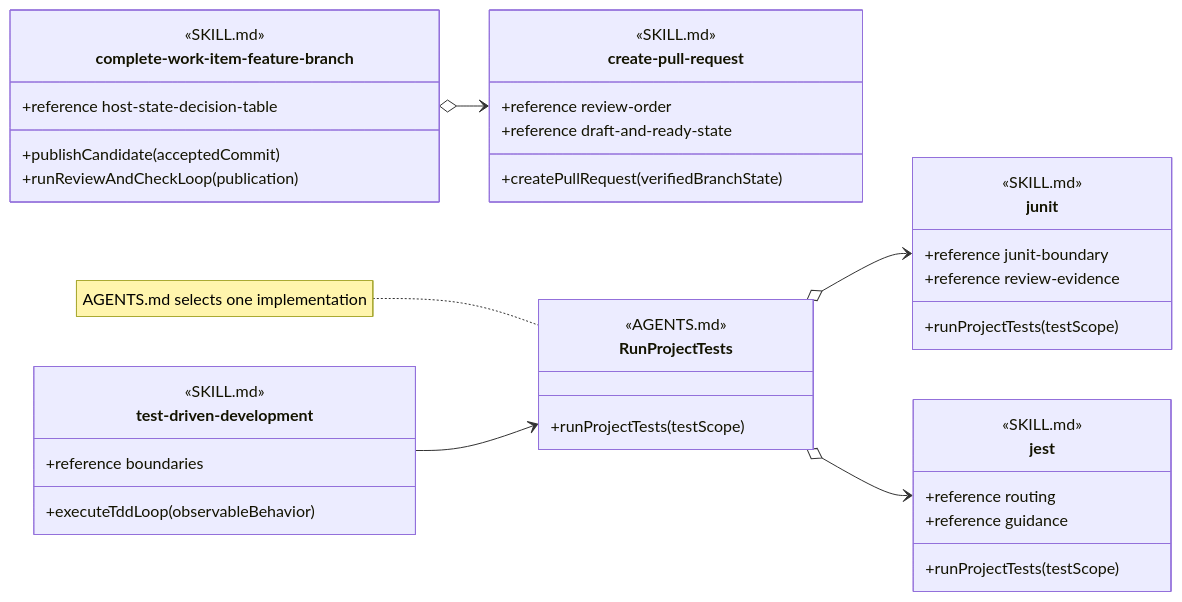
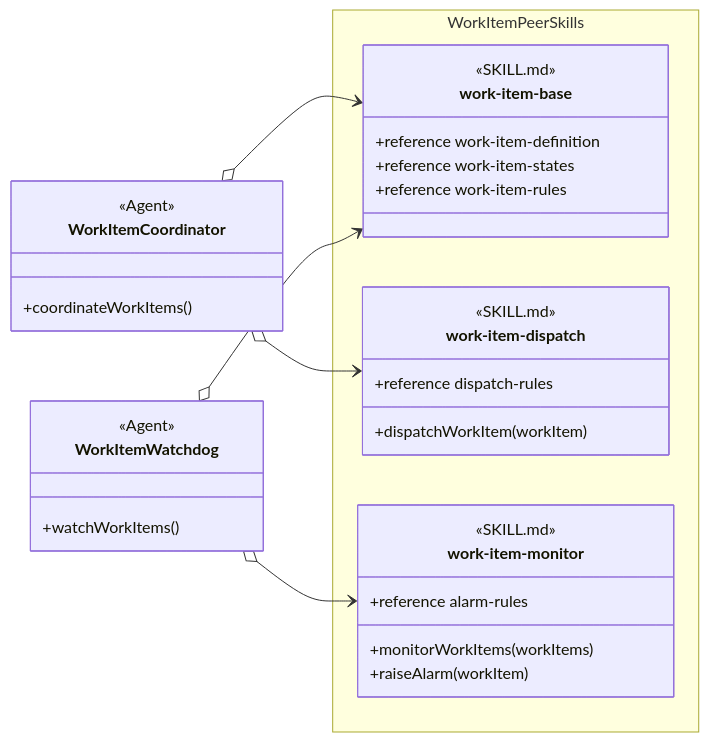
The fourth of 10 diagrams in design/object-oriented-agent-and-skill-model.md (martinbechard/dev-methodology), drawn with Mermaid before and after one commit. The commit also changed other lines of this file and 2 other files, not shown here.

Commit message:
Restructure skill use cases and peers

````diff
--- a/design/object-oriented-agent-and-skill-model.md
+++ b/design/object-oriented-agent-and-skill-model.md
@@ -319,57 +259,44 @@
 ```mermaid
 classDiagram
     direction LR
 
-    class complete-work-item-feature-branch {
-        <<SKILL.md>>
-        <<Peer Skill>>
-        +publishCandidate(acceptedCommit)
-        +runReviewAndCheckLoop(publication)
-        +reference host-state-decision-table
+    class WorkItemCoordinator {
+        <<Agent>>
+        +coordinateWorkItems()
     }
 
-    class create-pull-request {
-        <<SKILL.md>>
-        <<Peer Skill>>
-        +createPullRequest(verifiedBranchState)
-        +reference review-order
-        +reference draft-and-ready-state
+    class WorkItemWatchdog {
+        <<Agent>>
+        +watchWorkItems()
     }
 
-    class test-driven-development {
-        <<SKILL.md>>
-        <<Peer Skill>>
-        +executeTddLoop(observableBehavior)
-        +reference boundaries
+    namespace WorkItemPeerSkills {
+        class work-item-base {
+            <<SKILL.md>>
+            <<Peer Skill>>
+            +reference work-item-definition
+            +reference work-item-states
+            +reference work-item-rules
+        }
+
+        class work-item-dispatch {
+            <<SKILL.md>>
+            <<Peer Skill>>
+            +dispatchWorkItem(workItem)
+            +reference dispatch-rules
+        }
+
+        class work-item-monitor {
+            <<SKILL.md>>
+            <<Peer Skill>>
+            +monitorWorkItems(workItems)
+            +raiseAlarm(workItem)
+            +reference alarm-rules
+        }
     }
 
-    class RunProjectTests {
-        <<AGENTS.md>>
-        +runProjectTests(testScope)
-    }
-
-    class junit {
-        <<SKILL.md>>
-        <<Peer Skill>>
-        <<Injectable Skill>>
-        +runProjectTests(testScope)
-        +reference junit-boundary
-        +reference review-evidence
-    }
-
-    class jest {
-        <<SKILL.md>>
-        <<Peer Skill>>
-        <<Injectable Skill>>
-        +runProjectTests(testScope)
-        +reference routing
-        +reference guidance
-    }
-
-    complete-work-item-feature-branch o--> create-pull-request
-    test-driven-development --> RunProjectTests
-    RunProjectTests o--> junit
-    RunProjectTests o--> jest
-
-    note for RunProjectTests "AGENTS.md selects one implementation"
+    WorkItemCoordinator o--> work-item-base
+    WorkItemCoordinator o--> work-item-dispatch
+    WorkItemWatchdog o--> work-item-base
+    WorkItemWatchdog o--> work-item-monitor
 ```
````
